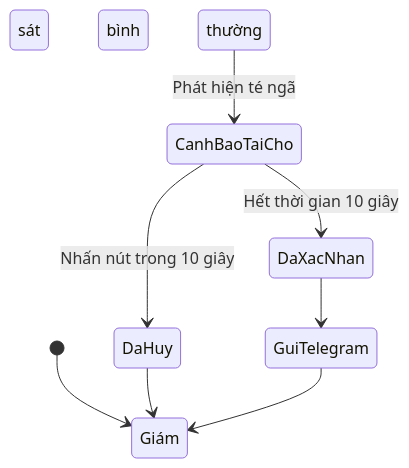
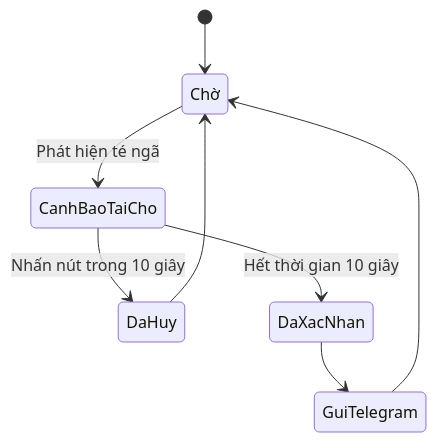
The second of 2 diagrams in README.md (ChouPro205/Fall_Detection_Aiot), drawn with Mermaid before and after one commit.

Commit message:
hoan thien san pham

````diff
--- a/README.md
+++ b/README.md
@@ -84,10 +84,10 @@
 ```mermaid
 stateDiagram-v2
-    [*] --> Giám sát bình thường
-    Giám sát bình thường --> CanhBaoTaiCho: Phát hiện té ngã
+    [*] --> Chờ
+    Chờ --> CanhBaoTaiCho: Phát hiện té ngã
     CanhBaoTaiCho --> DaHuy: Nhấn nút trong 10 giây
     CanhBaoTaiCho --> DaXacNhan: Hết thời gian 10 giây
-    DaHuy --> Giám sát bình thường
+    DaHuy --> Chờ
     DaXacNhan --> GuiTelegram
-    GuiTelegram --> Giám sát bình thường
+    GuiTelegram --> Chờ
 ```
````
